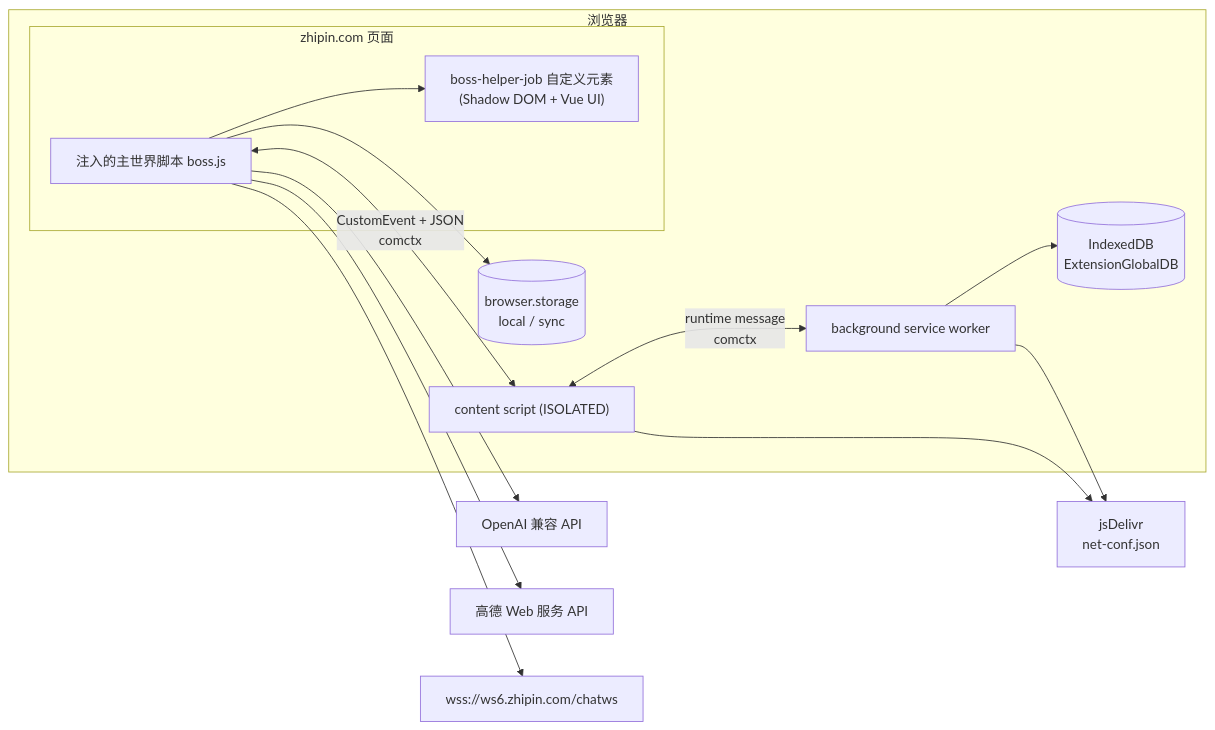
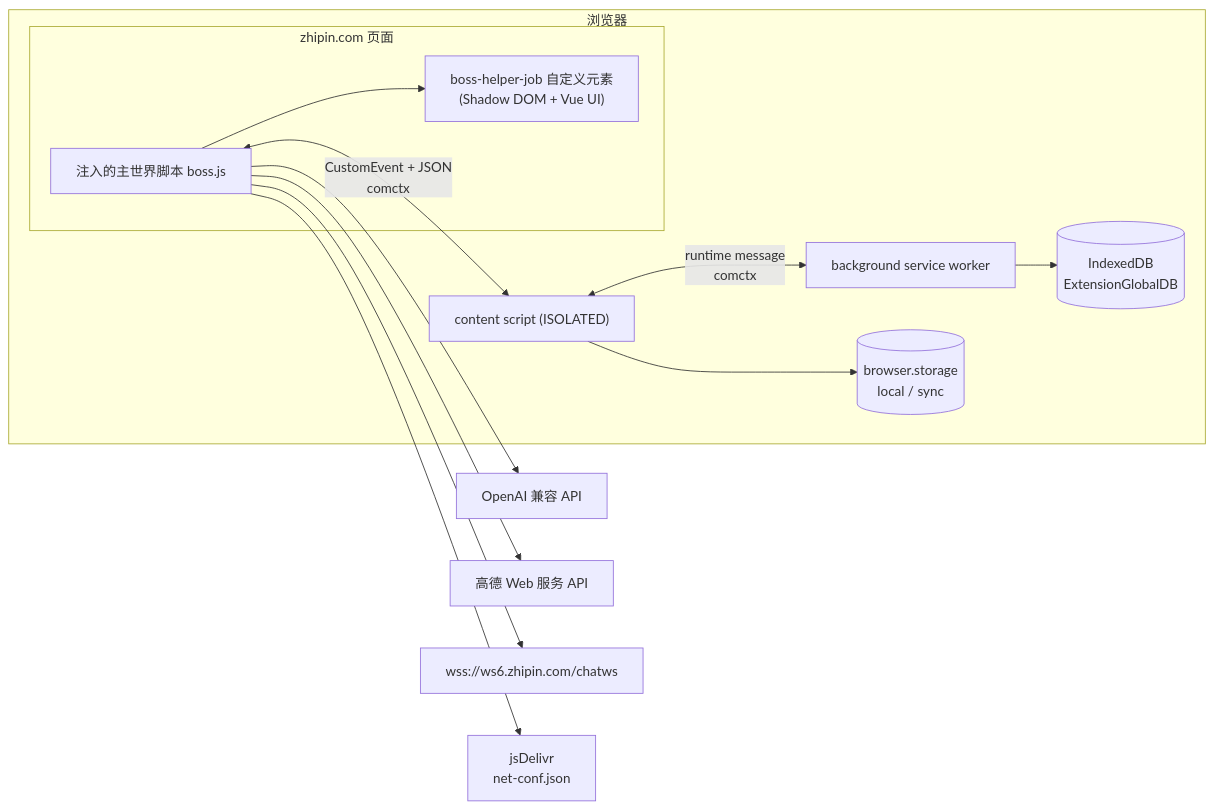
The diagram in docs/01-项目概览.md (hollyxun/boss-helper), drawn with Mermaid before and after one commit. The commit also changed other lines of this file and 19 other files, not shown here.

````diff
--- a/docs/01-项目概览.md
+++ b/docs/01-项目概览.md
@@ -79,28 +79,27 @@
 ```mermaid
 flowchart LR
   subgraph Browser["浏览器"]
     subgraph Page["zhipin.com 页面"]
       BossJS["注入的主世界脚本 boss.js"]
       Shadow["boss-helper-job 自定义元素\n(Shadow DOM + Vue UI)"]
     end
     CS["content script (ISOLATED)"]
     BG["background service worker"]
     Store[("browser.storage\nlocal / sync")]
     IDB[("IndexedDB\nExtensionGlobalDB")]
   end
   AI["OpenAI 兼容 API"]
   AMAP["高德 Web 服务 API"]
   MQTT["wss://ws6.zhipin.com/chatws"]
   CF["jsDelivr\nnet-conf.json"]
 
   BossJS --> Shadow
   BossJS <-->|"CustomEvent + JSON\ncomctx"| CS
   CS <-->|"runtime message\ncomctx"| BG
-  BossJS --> Store
+  CS --> Store
   BG --> IDB
   BossJS --> AI
   BossJS --> AMAP
   BossJS --> MQTT
-  CS --> CF
-  BG --> CF
+  BossJS --> CF
 ```
````
